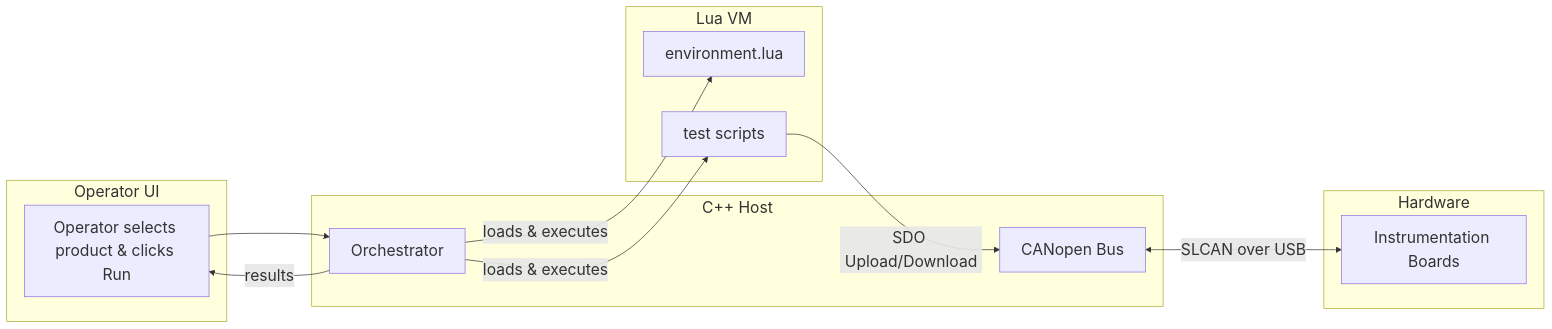
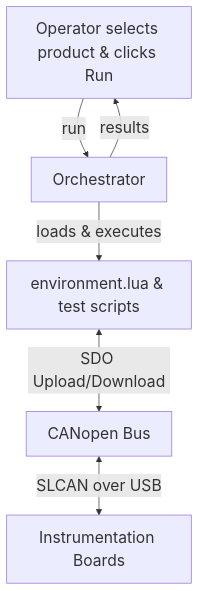
One commit to smartel99/Frasy changed the second of 2 diagrams in docs/architecture/overview.md. Above: the diagram before and after it, drawn with Mermaid. The commit also changed 1 other file, not shown here.

Commit message:
Fix overview flowchart

````diff
--- a/docs/architecture/overview.md
+++ b/docs/architecture/overview.md
@@ -81,25 +81,15 @@
 ```mermaid
 %%{init: {"themeVariables": {"fontSize": "22px"}}}%%
-flowchart LR
-    subgraph UI["Operator UI"]
-        OP[Operator selects product & clicks Run]
-    end
-    subgraph CPP["C++ Host"]
-        ORC[Orchestrator]
-        CAN[CANopen Bus]
-    end
-    subgraph LUA["Lua VM"]
-        ENV[environment.lua]
-        TST[test scripts]
-    end
-    subgraph HW["Hardware"]
-        IB[Instrumentation Boards]
-    end
+flowchart TD
+    OP[Operator selects product & clicks Run]
+    ORC[Orchestrator]
+    ENV[environment.lua & test scripts]
+    CAN[CANopen Bus]
+    IB[Instrumentation Boards]
 
-    OP --> ORC
+    OP -->|run| ORC
     ORC -->|loads & executes| ENV
-    ORC -->|loads & executes| TST
-    TST -->|SDO Upload/Download| CAN
+    ENV <-->|SDO Upload/Download| CAN
     CAN <-->|SLCAN over USB| IB
     ORC -->|results| OP
 ```
````
